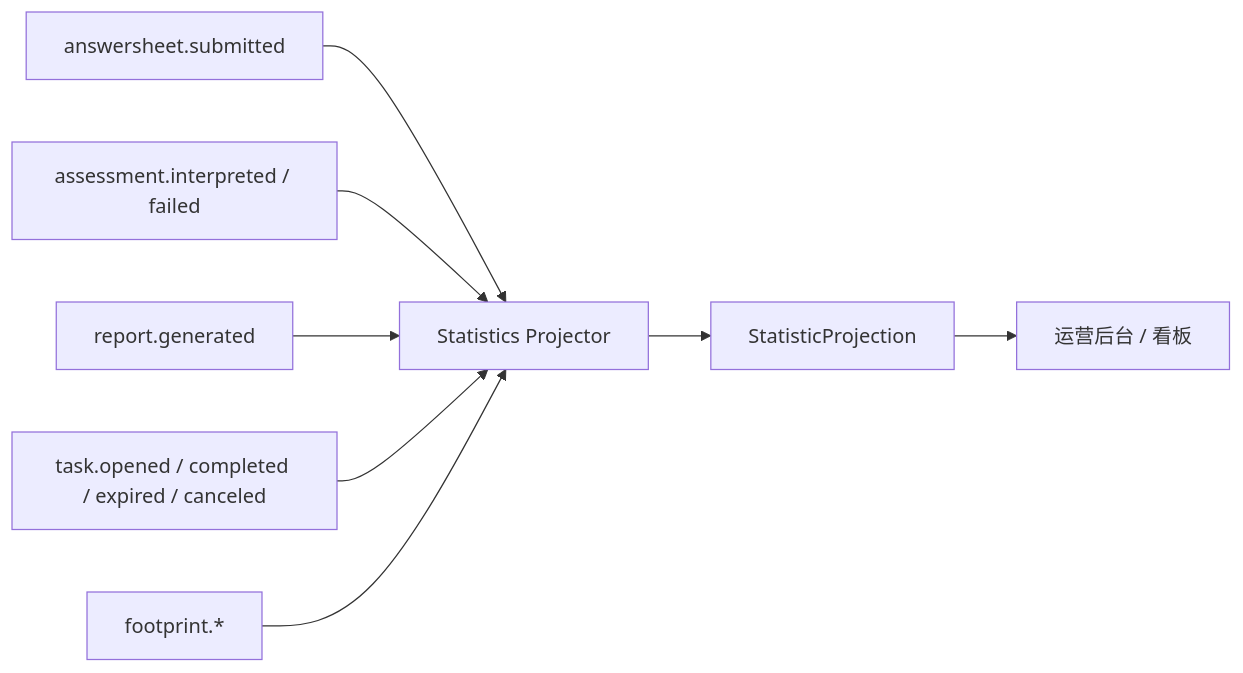
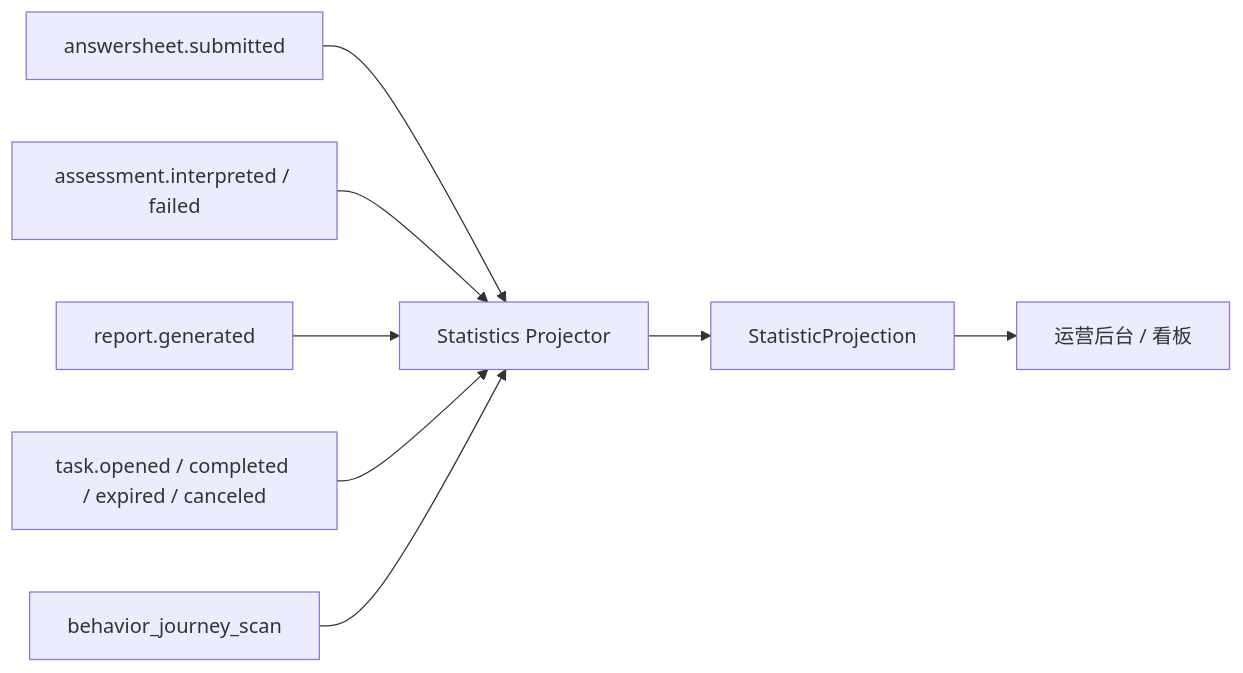
Before and after one commit to FangcunMount/qs-server: the diagram in docs/02-业务模块/70-statistics/04-事件投影链路.md, drawn with Mermaid. The commit also changed 102 other files, not shown here.

````diff
--- a/docs/02-业务模块/70-statistics/04-事件投影链路.md
+++ b/docs/02-业务模块/70-statistics/04-事件投影链路.md
@@ -11,18 +11,18 @@
 ```mermaid
 flowchart LR
     Survey["answersheet.submitted"]
     Evaluation["assessment.interpreted / failed"]
     Report["report.generated"]
     Plan["task.opened / completed / expired / canceled"]
-    Footprint["footprint.*"]
+    Scan["behavior_journey_scan"]
     Projector["Statistics Projector"]
     Projection["StatisticProjection"]
     Query["运营后台 / 看板"]
 
     Survey --> Projector
     Evaluation --> Projector
     Report --> Projector
     Plan --> Projector
-    Footprint --> Projector
+    Scan --> Projector
     Projector --> Projection --> Query
 ```
````
